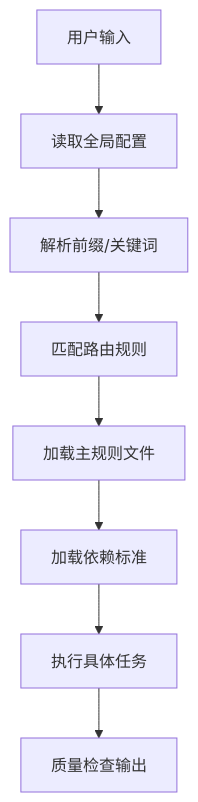
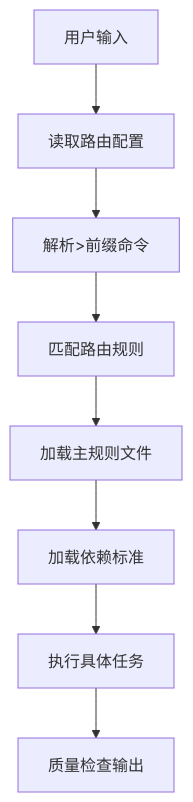
The first of 2 diagrams in README.md (EvilJoker/prompt), drawn with Mermaid before and after one commit. The commit also changed other lines of this file and 2 other files, not shown here.

````diff
--- a/README.md
+++ b/README.md
@@ -44,10 +41,10 @@
 ```mermaid
 graph TD
-    A[用户输入] --> B[读取全局配置]
-    B --> C[解析前缀/关键词]
+    A[用户输入] --> B[读取路由配置]
+    B --> C[解析>前缀命令]
     C --> D[匹配路由规则]
     D --> E[加载主规则文件]
     E --> F[加载依赖标准]
     F --> G[执行具体任务]
     G --> H[质量检查输出]
 ```
````
